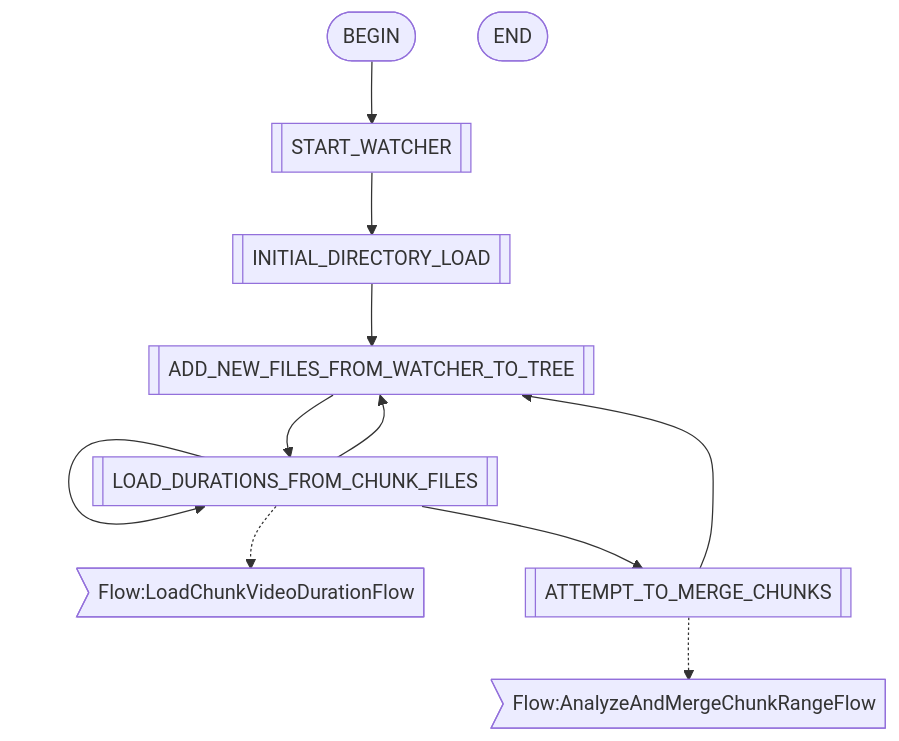
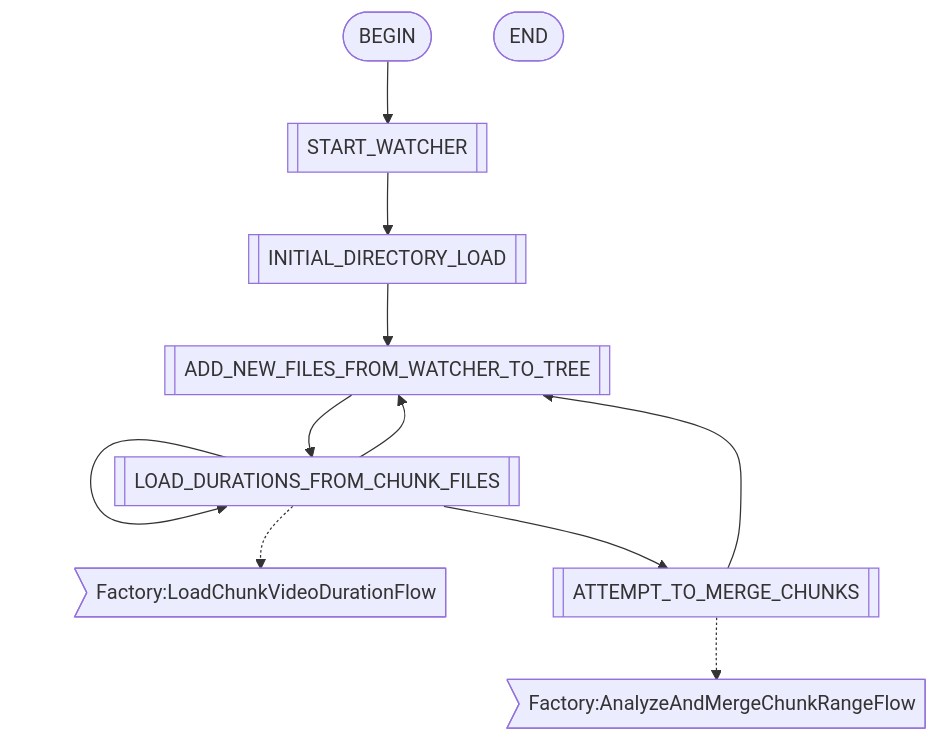
The third of 8 diagrams in README.md (flower-org/HeliumIngestor), drawn with Mermaid before and after one commit. The commit also changed other lines of this file and 5 other files, not shown here.

Commit message:
FlowRepo genericized, updates to diagram gen, FlowRepo and FlowFactory annotations simplified.

````diff
--- a/README.md
+++ b/README.md
@@ -36,20 +35,20 @@
 ```mermaid
 flowchart
 BEGIN([BEGIN])
 END([END])
 LOAD_DURATIONS_FROM_CHUNK_FILES[[LOAD_DURATIONS_FROM_CHUNK_FILES]]
 LOAD_DURATIONS_FROM_CHUNK_FILES --> LOAD_DURATIONS_FROM_CHUNK_FILES[[LOAD_DURATIONS_FROM_CHUNK_FILES]]
 LOAD_DURATIONS_FROM_CHUNK_FILES --> ATTEMPT_TO_MERGE_CHUNKS[[ATTEMPT_TO_MERGE_CHUNKS]]
 LOAD_DURATIONS_FROM_CHUNK_FILES --> ADD_NEW_FILES_FROM_WATCHER_TO_TREE[[ADD_NEW_FILES_FROM_WATCHER_TO_TREE]]
-LOAD_DURATIONS_FROM_CHUNK_FILES .-> Flow:LoadChunkVideoDurationFlow>Flow:LoadChunkVideoDurationFlow]
+LOAD_DURATIONS_FROM_CHUNK_FILES .-> Factory:LoadChunkVideoDurationFlow>Factory:LoadChunkVideoDurationFlow]
 START_WATCHER[[START_WATCHER]]
 BEGIN([BEGIN]) --> START_WATCHER[[START_WATCHER]]
 START_WATCHER --> INITIAL_DIRECTORY_LOAD[[INITIAL_DIRECTORY_LOAD]]
 ATTEMPT_TO_MERGE_CHUNKS[[ATTEMPT_TO_MERGE_CHUNKS]]
 ATTEMPT_TO_MERGE_CHUNKS --> ADD_NEW_FILES_FROM_WATCHER_TO_TREE[[ADD_NEW_FILES_FROM_WATCHER_TO_TREE]]
-ATTEMPT_TO_MERGE_CHUNKS .-> Flow:AnalyzeAndMergeChunkRangeFlow>Flow:AnalyzeAndMergeChunkRangeFlow]
+ATTEMPT_TO_MERGE_CHUNKS .-> Factory:AnalyzeAndMergeChunkRangeFlow>Factory:AnalyzeAndMergeChunkRangeFlow]
 INITIAL_DIRECTORY_LOAD[[INITIAL_DIRECTORY_LOAD]]
 INITIAL_DIRECTORY_LOAD --> ADD_NEW_FILES_FROM_WATCHER_TO_TREE[[ADD_NEW_FILES_FROM_WATCHER_TO_TREE]]
 ADD_NEW_FILES_FROM_WATCHER_TO_TREE[[ADD_NEW_FILES_FROM_WATCHER_TO_TREE]]
 ADD_NEW_FILES_FROM_WATCHER_TO_TREE --> LOAD_DURATIONS_FROM_CHUNK_FILES[[LOAD_DURATIONS_FROM_CHUNK_FILES]]
 ```
````
